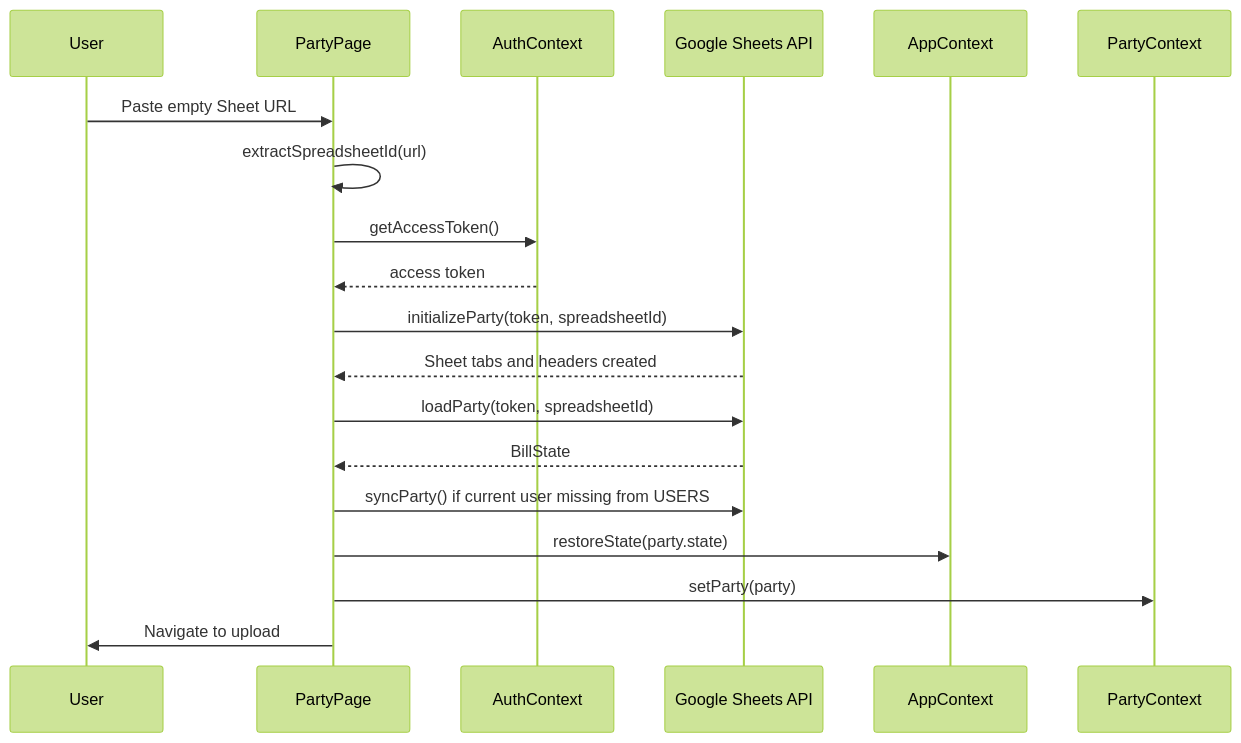
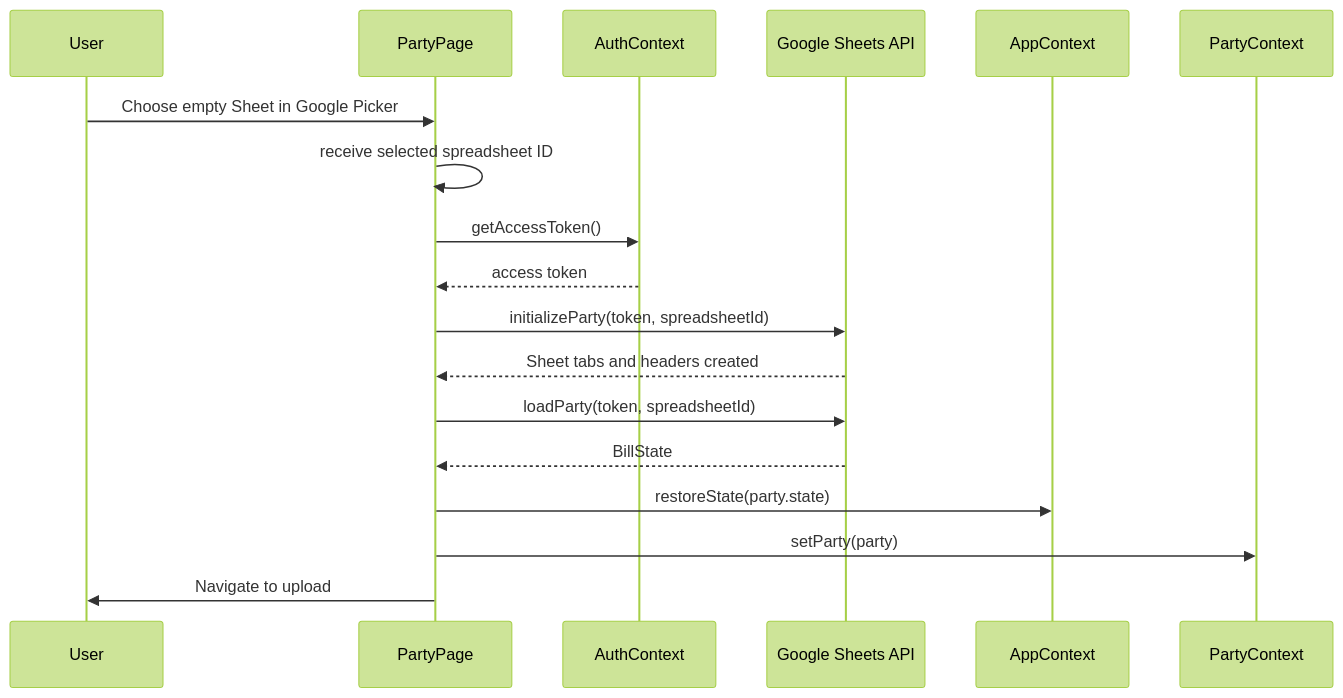
Before and after one commit to Karthik-29/SnapSplit: the fourth of 7 diagrams in docs/APP_DOCUMENTATION.md, drawn with Mermaid (forest theme). The commit also changed other lines of this file and 4 other files, not shown here.

````diff
--- a/docs/APP_DOCUMENTATION.md
+++ b/docs/APP_DOCUMENTATION.md
@@ -496,22 +482,21 @@
 ```mermaid
 sequenceDiagram
   participant U as User
   participant P as PartyPage
   participant A as AuthContext
   participant G as Google Sheets API
   participant C as AppContext
   participant PC as PartyContext
 
-  U->>P: Paste empty Sheet URL
-  P->>P: extractSpreadsheetId(url)
+  U->>P: Choose empty Sheet in Google Picker
+  P->>P: receive selected spreadsheet ID
   P->>A: getAccessToken()
   A-->>P: access token
   P->>G: initializeParty(token, spreadsheetId)
   G-->>P: Sheet tabs and headers created
   P->>G: loadParty(token, spreadsheetId)
   G-->>P: BillState
-  P->>G: syncParty() if current user missing from USERS
   P->>C: restoreState(party.state)
   P->>PC: setParty(party)
   P->>U: Navigate to upload
 ```
````
